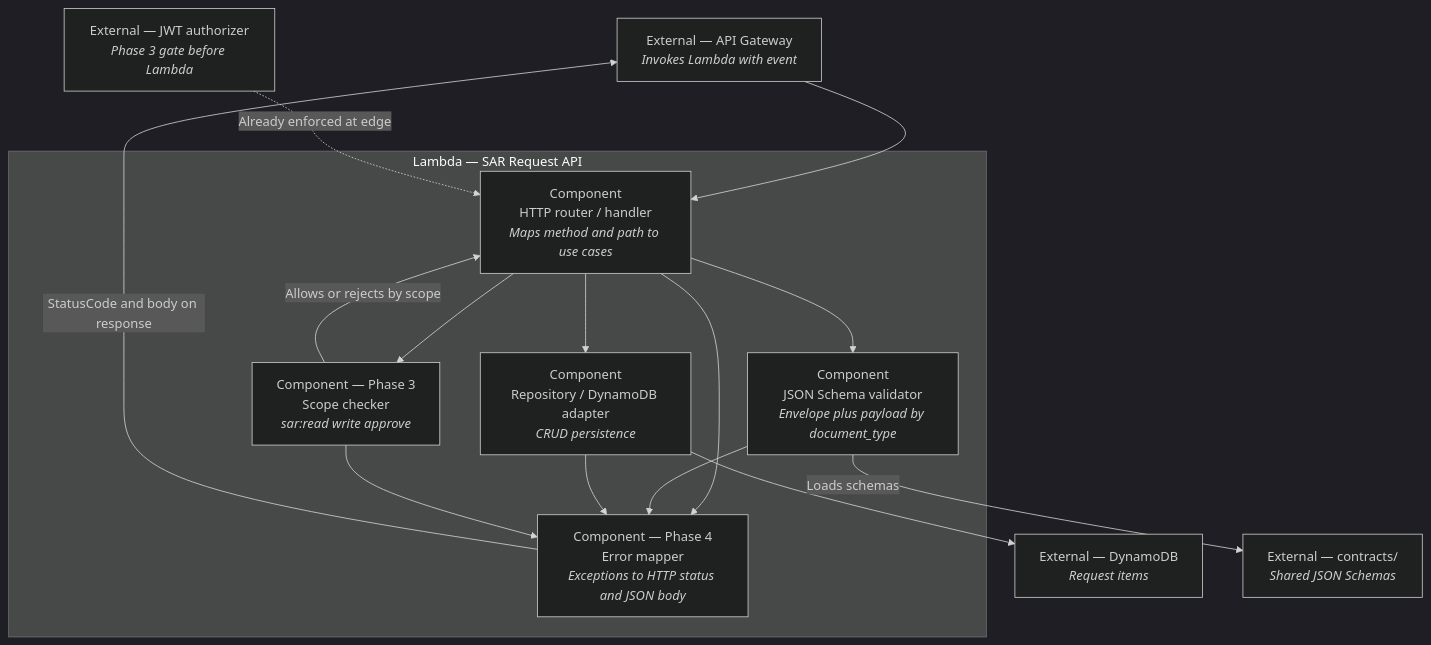
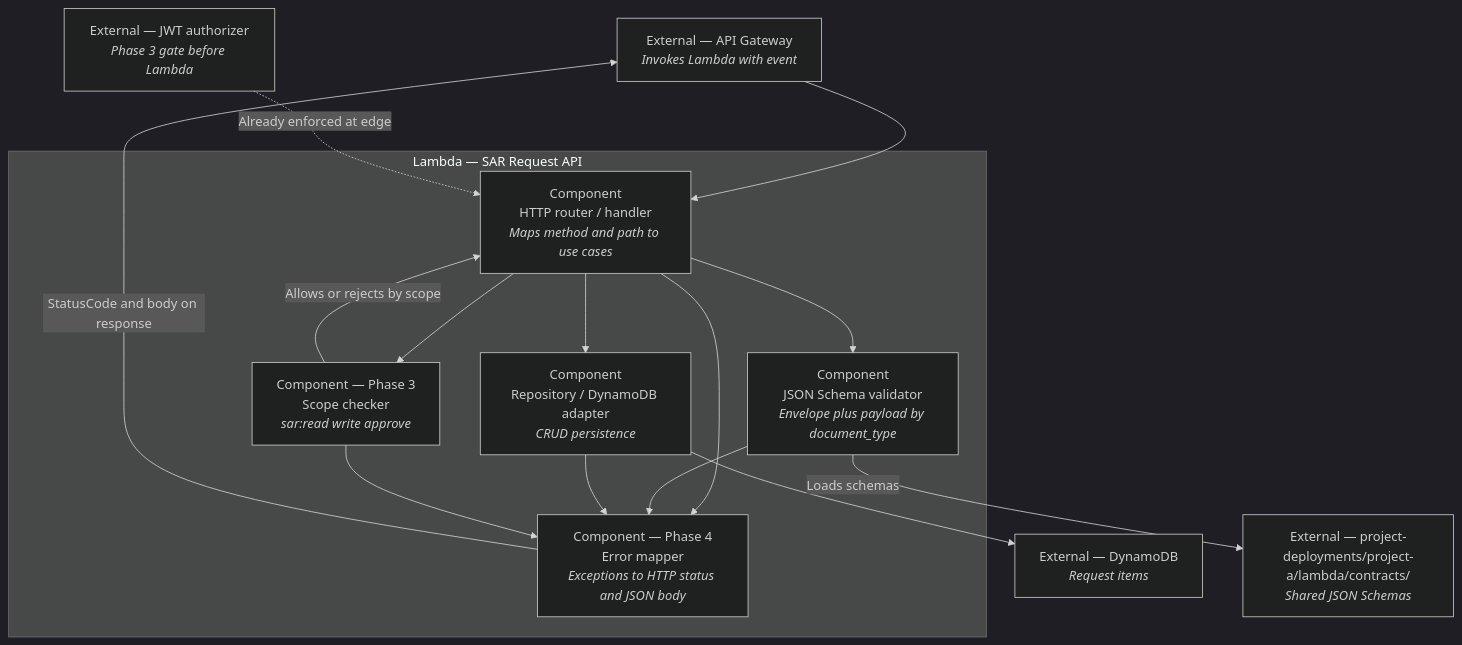
One commit to Rhiannax3/sandbox-infrastructure-sar-project changed the diagram in docs/project-a/c3-component.md. Above: the diagram before and after it, drawn with Mermaid (dark theme). The commit also changed 18 other files, not shown here.

Commit message:
Add a Project A Lambda publish stub and point portal and docs at the nested contracts path.

````diff
--- a/docs/project-a/c3-component.md
+++ b/docs/project-a/c3-component.md
@@ -8,30 +8,30 @@
 ```mermaid
 flowchart TB
   apigw["External — API Gateway<br/><i>Invokes Lambda with event</i>"]
   ddb["External — DynamoDB<br/><i>Request items</i>"]
   authorizer["External — JWT authorizer<br/><i>Phase 3 gate before Lambda</i>"]
 
   subgraph lambda ["Lambda — SAR Request API"]
     router["Component<br/>HTTP router / handler<br/><i>Maps method and path to use cases</i>"]
     validator["Component<br/>JSON Schema validator<br/><i>Envelope plus payload by document_type</i>"]
     authz["Component — Phase 3<br/>Scope checker<br/><i>sar:read write approve</i>"]
     repo["Component<br/>Repository / DynamoDB adapter<br/><i>CRUD persistence</i>"]
     errors["Component — Phase 4<br/>Error mapper<br/><i>Exceptions to HTTP status and JSON body</i>"]
   end
 
-  contracts["External — contracts/<br/><i>Shared JSON Schemas</i>"]
+  contracts["External — project-deployments/project-a/lambda/contracts/<br/><i>Shared JSON Schemas</i>"]
 
   apigw --> router
   authorizer -.->|"Already enforced at edge"| router
   router --> authz
   router --> validator
   validator -->|"Loads schemas"| contracts
   authz -->|"Allows or rejects by scope"| router
   router --> repo
   repo --> ddb
   router --> errors
   validator --> errors
   repo --> errors
   authz --> errors
   errors -->|"StatusCode and body on response"| apigw
 ```
````
